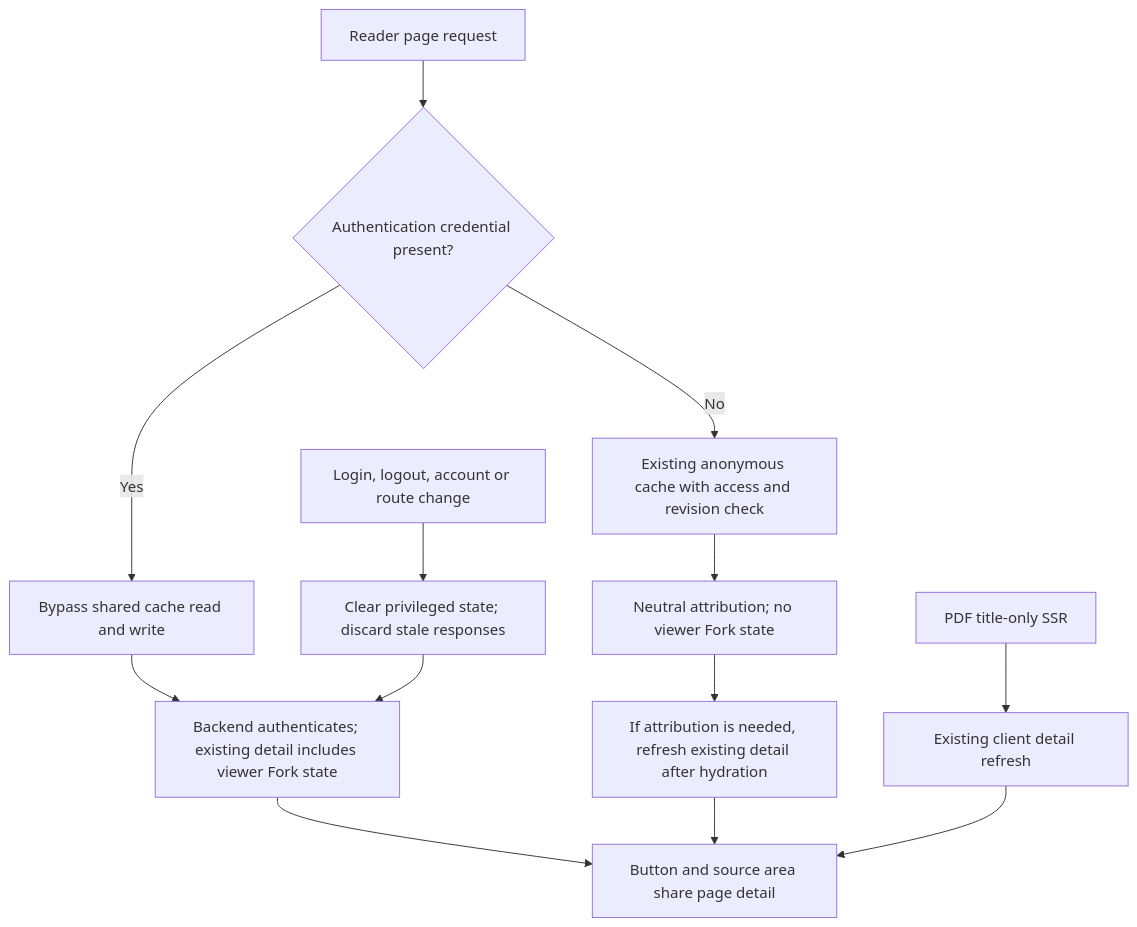
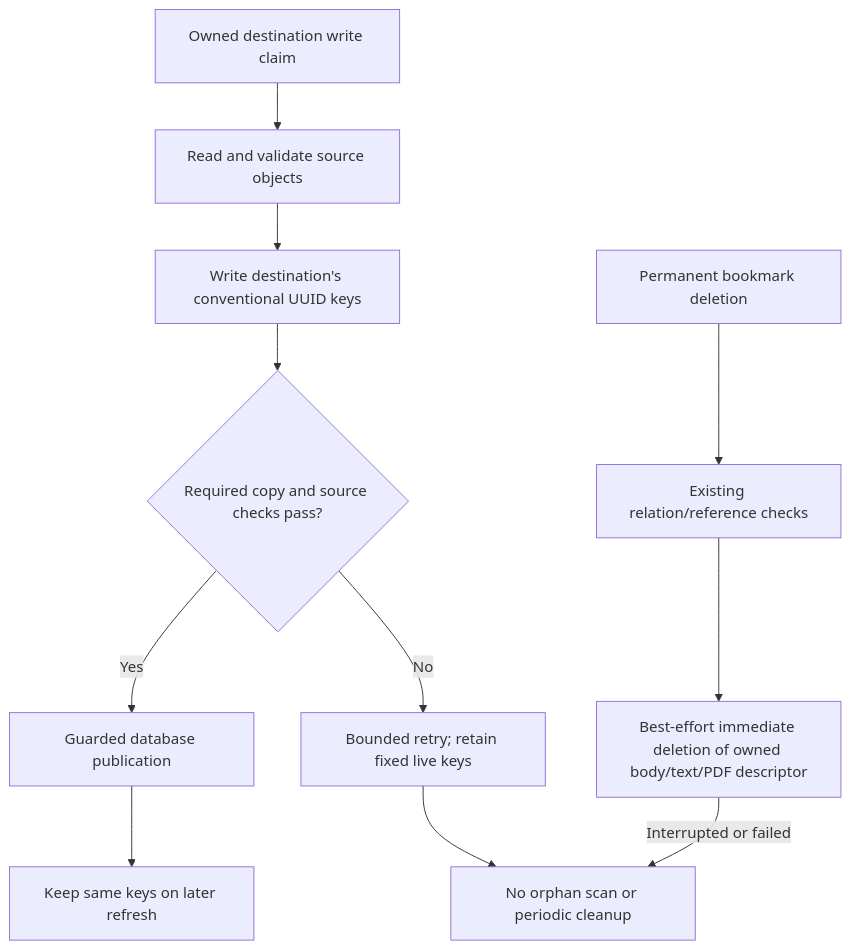
One commit to slax-lab/slax-reader changed the second of 4 diagrams in docs/api/bookmark-fork-fixed-paths.md. Above: the diagram before and after it, drawn with Mermaid. The commit also changed other lines of this file and 59 other files, not shown here.

Commit message:
refactor: simplify bookmark fork entrypoints and maintenance

````diff
--- a/docs/api/bookmark-fork-fixed-paths.md
+++ b/docs/api/bookmark-fork-fixed-paths.md
@@ -92,15 +61,13 @@
 ```mermaid
 flowchart TD
-    A[Reader page request] --> B{Authentication credential present?}
-    B -- Yes --> C[Bypass shared cache read and write]
-    C --> D[Backend authenticates; existing detail includes viewer Fork state]
-    B -- No --> E[Existing anonymous cache with access and revision check]
-    E --> F[Neutral attribution; no viewer Fork state]
-    D --> G[Button and source area share page detail]
-    F --> H[If attribution is needed, refresh existing detail after hydration]
-    H --> G
-    I[PDF title-only SSR] --> J[Existing client detail refresh]
-    J --> G
-    K[Login, logout, account or route change] --> L[Clear privileged state; discard stale responses]
-    L --> D
+    A[Owned destination write claim] --> B[Read and validate source objects]
+    B --> C[Write destination's conventional UUID keys]
+    C --> D{Required copy and source checks pass?}
+    D -- Yes --> E[Guarded database publication]
+    E --> F[Keep same keys on later refresh]
+    D -- No --> G[Bounded retry; retain fixed live keys]
+    G --> H[No orphan scan or periodic cleanup]
+    I[Permanent bookmark deletion] --> J[Existing relation/reference checks]
+    J --> K[Best-effort immediate deletion of owned body/text/PDF descriptor]
+    K -- Interrupted or failed --> H
 ```
````
